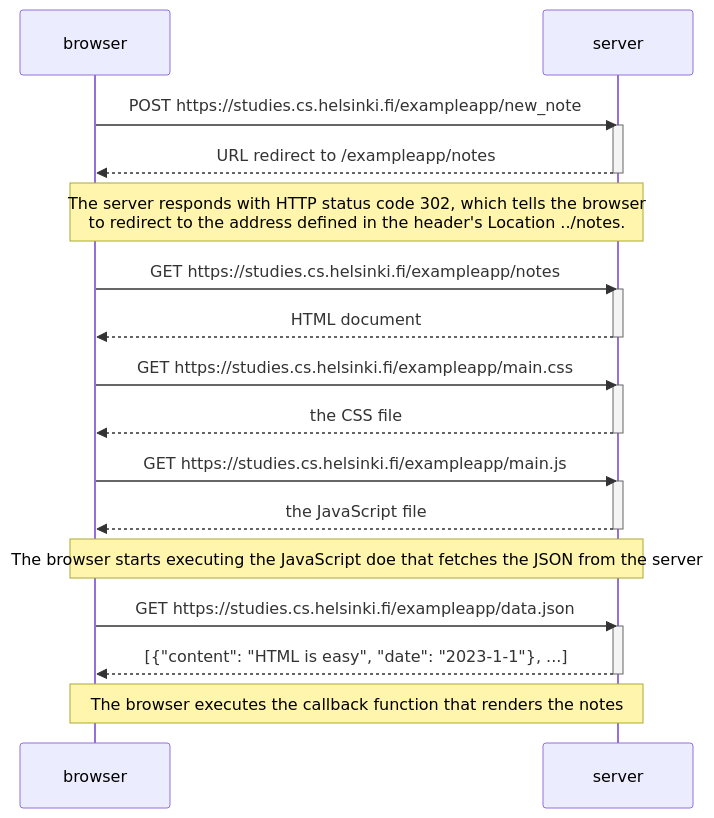
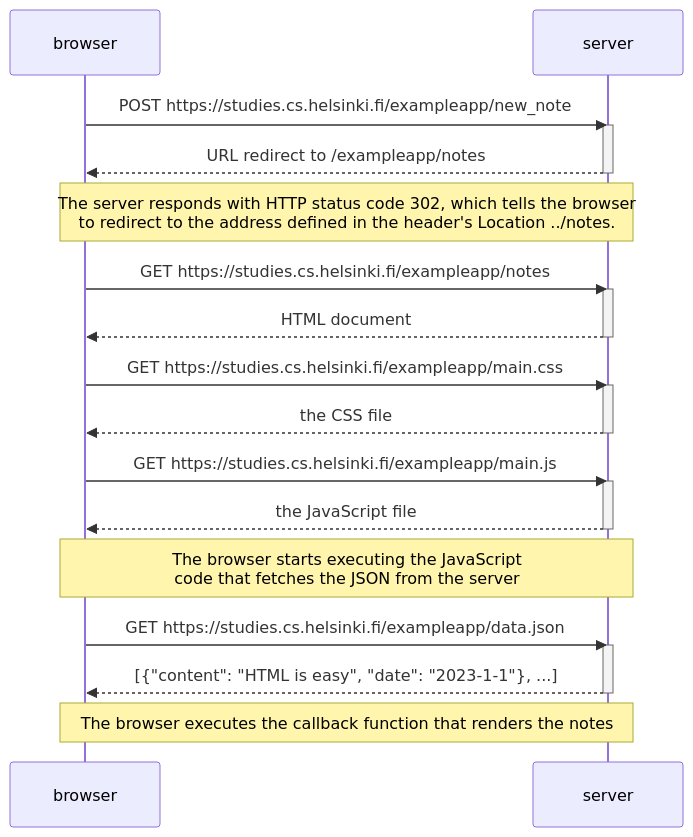
Before and after one commit to gitairman/mermaid: the diagram in 0.4: New note diagram.md, drawn with Mermaid.

Commit message:
Update 0.4: New note diagram.md

````diff
--- a/0.4: New note diagram.md
+++ b/0.4: New note diagram.md
@@ -5,29 +5,29 @@
 ```mermaid
 sequenceDiagram
     participant browser
     participant server
     browser->>server: POST https://studies.cs.helsinki.fi/exampleapp/new_note
     activate server
     server-->>browser: URL redirect to /exampleapp/notes
     deactivate server
     Note over browser, server: The server responds with HTTP status code 302, which tells the browser<br/>to redirect to the address defined in the header's Location ../notes.
     browser->>server: GET https://studies.cs.helsinki.fi/exampleapp/notes
     activate server
     server-->>browser: HTML document
     deactivate server
     browser->>server: GET https://studies.cs.helsinki.fi/exampleapp/main.css
     activate server
     server-->>browser: the CSS file
     deactivate server
     browser->>server: GET https://studies.cs.helsinki.fi/exampleapp/main.js
     activate server
     server-->>browser: the JavaScript file
     deactivate server
-    Note over browser, server: The browser starts executing the JavaScript doe that fetches the JSON from the server
+    Note over browser, server: The browser starts executing the JavaScript<br/>code that fetches the JSON from the server
     browser->>server: GET https://studies.cs.helsinki.fi/exampleapp/data.json
     activate server
     server-->>browser: [{"content": "HTML is easy", "date": "2023-1-1"}, ...]
     deactivate server
     Note over browser, server: The browser executes the callback function that renders the notes
 
 ```
````
